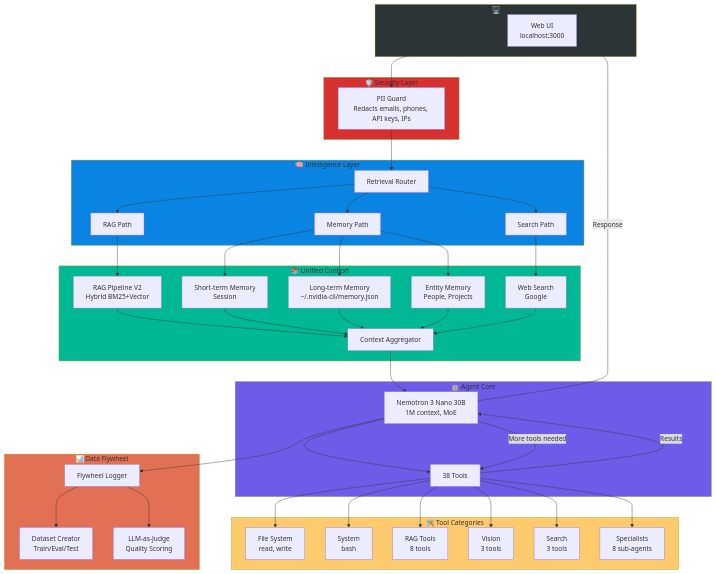
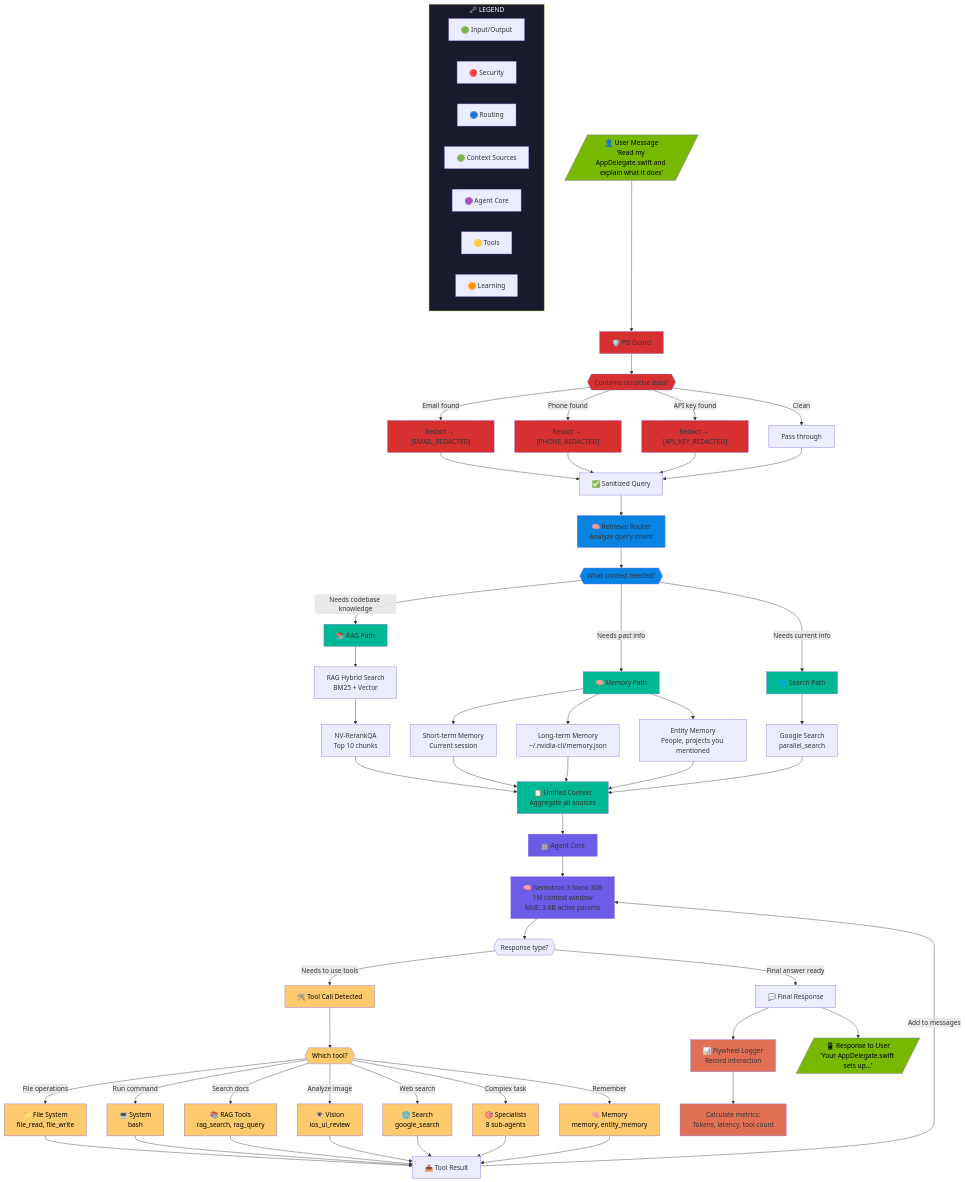
The fourth of 6 diagrams in README.md (caser-legal/nvidia-cli), drawn with Mermaid before and after one commit. The commit also changed other lines of this file, not shown here.

Commit message:
docs: expand architecture diagrams with legends and detailed flows
Complete System Architecture:
- Added legend with color key
- Real example: 'Read my AppDelegate.swift and explain what it does'
- Shows PII redaction paths (email, phone, API key)
- Detailed routing decision tree (RAG/Memory/Search)
- All 7 tool categories with examples
- Tool result feedback loop to LLM
- Flywheel logging at end

Data Flywheel Architecture:
- Added legend with color key
- Shows all 7 record fields logged
- LLM-as-Judge evaluation with 5 criteria
- Dataset validation rules
- 80/10/10 split visualization
- JSONL export format
- Future fine-tuning path back to production

Query Processing Flow:
- Added legend with color key

All diagrams now:
- Vertical (top to bottom)
- Have legends in top-left
- Show feedback loops with arrows
- Use real examples
- Color-coded by stage

````diff
--- a/README.md
+++ b/README.md
@@ -398,65 +410,129 @@
 ```mermaid
 flowchart TB
-    subgraph Client["🖥️ Client"]
-        UI[Web UI<br/>localhost:3000]
+    %% ===== LEGEND =====
+    subgraph Legend["🗝️ LEGEND"]
+        direction LR
+        L1[🟢 Input/Output]
+        L2[🔴 Security]
+        L3[🔵 Routing]
+        L4[🟢 Context Sources]
+        L5[🟣 Agent Core]
+        L6[🟡 Tools]
+        L7[🟠 Learning]
     end
 
-    subgraph Security["🛡️ Security Layer"]
-        PII[PII Guard<br/>Redacts emails, phones, API keys, IPs]
-    end
-
-    subgraph Intelligence["🧠 Intelligence Layer"]
-        RR[Retrieval Router]
-        RR --> RAG_PATH[RAG Path]
-        RR --> MEM_PATH[Memory Path]
-        RR --> SEARCH_PATH[Search Path]
-    end
-
-    subgraph Context["📚 Unified Context"]
-        RAG_PATH --> RAG[RAG Pipeline V2<br/>Hybrid BM25+Vector]
-        MEM_PATH --> STM[Short-term Memory<br/>Session]
-        MEM_PATH --> LTM[Long-term Memory<br/>~/.nvidia-cli/memory.json]
-        MEM_PATH --> ENT[Entity Memory<br/>People, Projects]
-        SEARCH_PATH --> WEB[Web Search<br/>Google]
-        
-        RAG --> UC[Context Aggregator]
-        STM --> UC
-        LTM --> UC
-        ENT --> UC
-        WEB --> UC
-    end
-
-    subgraph Agent["🤖 Agent Core"]
-        UC --> LLM[Nemotron 3 Nano 30B<br/>1M context, MoE]
-        LLM --> TOOLS[38 Tools]
-        TOOLS --> |Results| LLM
-        LLM --> |More tools needed| TOOLS
-    end
-
-    subgraph ToolCategories["🛠️ Tool Categories"]
-        TOOLS --> FS[File System<br/>read, write]
-        TOOLS --> SYS[System<br/>bash]
-        TOOLS --> RAGT[RAG Tools<br/>8 tools]
-        TOOLS --> VIS[Vision<br/>3 tools]
-        TOOLS --> SRCH[Search<br/>3 tools]
-        TOOLS --> SPEC[Specialists<br/>8 sub-agents]
-    end
-
-    subgraph Learning["📊 Data Flywheel"]
-        LLM --> LOG[Flywheel Logger]
-        LOG --> DS[Dataset Creator<br/>Train/Eval/Test]
-        LOG --> EVAL[LLM-as-Judge<br/>Quality Scoring]
-    end
-
-    UI --> PII
-    PII --> RR
-    LLM --> |Response| UI
-
-    style Client fill:#2d3436
-    style Security fill:#d63031
-    style Intelligence fill:#0984e3
-    style Context fill:#00b894
-    style Agent fill:#6c5ce7
-    style ToolCategories fill:#fdcb6e
-    style Learning fill:#e17055
+    %% ===== USER INPUT =====
+    USER[/"👤 User Message<br/>'Read my AppDelegate.swift and explain what it does'"/]
+    
+    %% ===== SECURITY =====
+    USER --> PII_CHECK["🛡️ PII Guard"]
+    PII_CHECK --> PII_SCAN{{"Contains sensitive data?"}}
+    
+    PII_SCAN -->|"Email found"| REDACT_EMAIL["Redact → [EMAIL_REDACTED]"]
+    PII_SCAN -->|"Phone found"| REDACT_PHONE["Redact → [PHONE_REDACTED]"]
+    PII_SCAN -->|"API key found"| REDACT_KEY["Redact → [API_KEY_REDACTED]"]
+    PII_SCAN -->|"Clean"| CLEAN["Pass through"]
+    
+    REDACT_EMAIL --> SANITIZED
+    REDACT_PHONE --> SANITIZED
+    REDACT_KEY --> SANITIZED
+    CLEAN --> SANITIZED["✅ Sanitized Query"]
+    
+    %% ===== ROUTING =====
+    SANITIZED --> ROUTER["🧠 Retrieval Router<br/>Analyze query intent"]
+    
+    ROUTER --> ROUTE_DECISION{{"What context needed?"}}
+    
+    %% ===== CONTEXT PATHS =====
+    ROUTE_DECISION -->|"Needs codebase knowledge"| RAG_PATH["📚 RAG Path"]
+    ROUTE_DECISION -->|"Needs past info"| MEM_PATH["🧠 Memory Path"]
+    ROUTE_DECISION -->|"Needs current info"| SEARCH_PATH["🌐 Search Path"]
+    
+    %% RAG Branch
+    RAG_PATH --> RAG_SEARCH["RAG Hybrid Search<br/>BM25 + Vector"]
+    RAG_SEARCH --> RAG_RERANK["NV-RerankQA<br/>Top 10 chunks"]
+    RAG_RERANK --> CONTEXT
+    
+    %% Memory Branch
+    MEM_PATH --> STM["Short-term Memory<br/>Current session"]
+    MEM_PATH --> LTM["Long-term Memory<br/>~/.nvidia-cli/memory.json"]
+    MEM_PATH --> ENT["Entity Memory<br/>People, projects you mentioned"]
+    STM --> CONTEXT
+    LTM --> CONTEXT
+    ENT --> CONTEXT
+    
+    %% Search Branch
+    SEARCH_PATH --> GOOGLE["Google Search<br/>parallel_search"]
+    GOOGLE --> CONTEXT
+    
+    %% ===== UNIFIED CONTEXT =====
+    CONTEXT["📋 Unified Context<br/>Aggregate all sources"]
+    
+    %% ===== AGENT CORE =====
+    CONTEXT --> AGENT["🤖 Agent Core"]
+    AGENT --> LLM["🧠 Nemotron 3 Nano 30B<br/>1M context window<br/>MoE: 3.6B active params"]
+    
+    LLM --> RESPONSE_CHECK{{"Response type?"}}
+    
+    %% ===== TOOL EXECUTION =====
+    RESPONSE_CHECK -->|"Needs to use tools"| TOOL_CALL["🛠️ Tool Call Detected"]
+    
+    TOOL_CALL --> TOOL_TYPE{{"Which tool?"}}
+    
+    TOOL_TYPE -->|"File operations"| FS_TOOLS["📁 File System<br/>file_read, file_write"]
+    TOOL_TYPE -->|"Run command"| SYS_TOOLS["💻 System<br/>bash"]
+    TOOL_TYPE -->|"Search docs"| RAG_TOOLS["📚 RAG Tools<br/>rag_search, rag_query"]
+    TOOL_TYPE -->|"Analyze image"| VIS_TOOLS["👁️ Vision<br/>ios_ui_review"]
+    TOOL_TYPE -->|"Web search"| SRCH_TOOLS["🌐 Search<br/>google_search"]
+    TOOL_TYPE -->|"Complex task"| SPEC_TOOLS["🎯 Specialists<br/>8 sub-agents"]
+    TOOL_TYPE -->|"Remember"| MEM_TOOLS["🧠 Memory<br/>memory, entity_memory"]
+    
+    FS_TOOLS --> TOOL_RESULT["📤 Tool Result"]
+    SYS_TOOLS --> TOOL_RESULT
+    RAG_TOOLS --> TOOL_RESULT
+    VIS_TOOLS --> TOOL_RESULT
+    SRCH_TOOLS --> TOOL_RESULT
+    SPEC_TOOLS --> TOOL_RESULT
+    MEM_TOOLS --> TOOL_RESULT
+    
+    TOOL_RESULT -->|"Add to messages"| LLM
+    
+    %% ===== FINAL RESPONSE =====
+    RESPONSE_CHECK -->|"Final answer ready"| FINAL["💬 Final Response"]
+    
+    %% ===== LEARNING =====
+    FINAL --> LOG["📊 Flywheel Logger<br/>Record interaction"]
+    LOG --> METRICS["Calculate metrics:<br/>Tokens, latency, tool count"]
+    
+    %% ===== OUTPUT =====
+    FINAL --> OUTPUT[/"📱 Response to User<br/>'Your AppDelegate.swift sets up...'"/]
+    
+    %% ===== STYLING =====
+    style Legend fill:#1a1a2e,color:#fff
+    style USER fill:#76b900,color:#000
+    style OUTPUT fill:#76b900,color:#000
+    style PII_CHECK fill:#d63031
+    style PII_SCAN fill:#d63031
+    style REDACT_EMAIL fill:#d63031
+    style REDACT_PHONE fill:#d63031
+    style REDACT_KEY fill:#d63031
+    style ROUTER fill:#0984e3
+    style ROUTE_DECISION fill:#0984e3
+    style RAG_PATH fill:#00b894
+    style MEM_PATH fill:#00b894
+    style SEARCH_PATH fill:#00b894
+    style CONTEXT fill:#00b894
+    style AGENT fill:#6c5ce7
+    style LLM fill:#6c5ce7
+    style TOOL_CALL fill:#fdcb6e,color:#000
+    style TOOL_TYPE fill:#fdcb6e,color:#000
+    style FS_TOOLS fill:#fdcb6e,color:#000
+    style SYS_TOOLS fill:#fdcb6e,color:#000
+    style RAG_TOOLS fill:#fdcb6e,color:#000
+    style VIS_TOOLS fill:#fdcb6e,color:#000
+    style SRCH_TOOLS fill:#fdcb6e,color:#000
+    style SPEC_TOOLS fill:#fdcb6e,color:#000
+    style MEM_TOOLS fill:#fdcb6e,color:#000
+    style LOG fill:#e17055
+    style METRICS fill:#e17055
 ```
````
